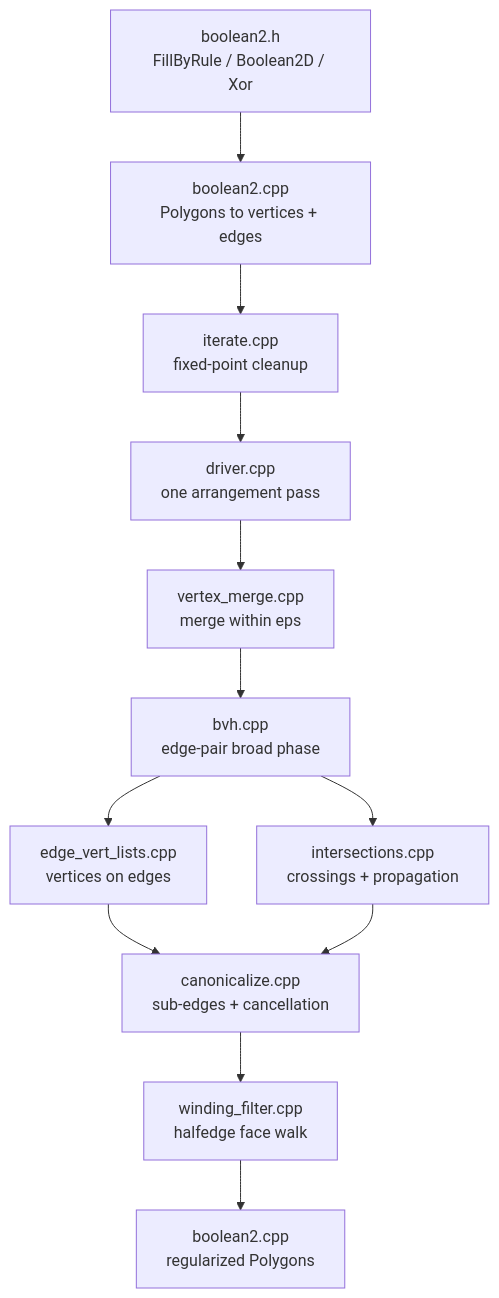
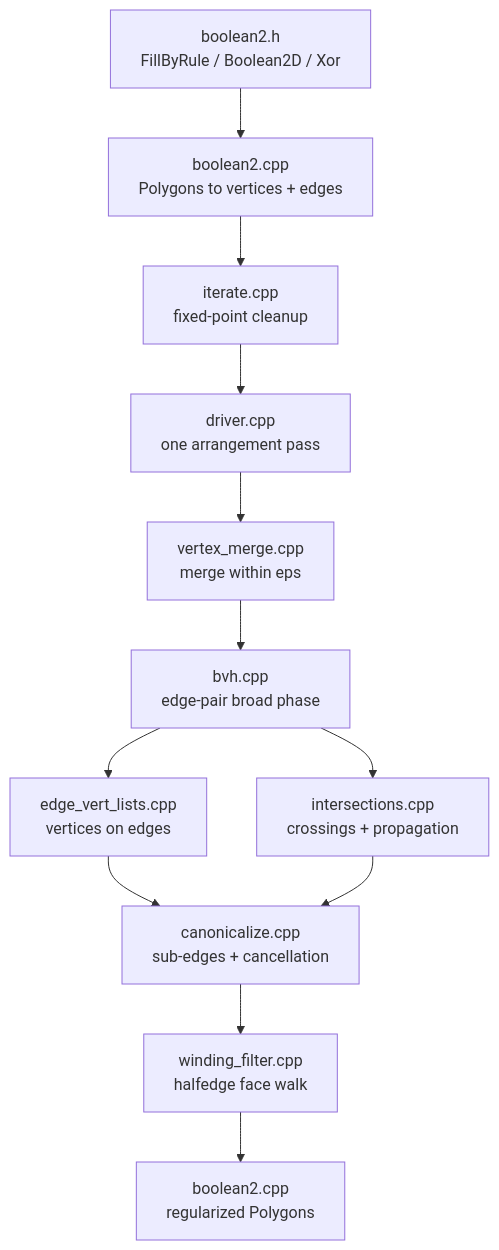
Before and after one commit to elalish/manifold: the diagram in docs/Boolean2.md, drawn with Mermaid.

Commit message:
Set Boolean2 diagram wrapping width

````diff
--- a/docs/Boolean2.md
+++ b/docs/Boolean2.md
@@ -71,32 +71,33 @@
 ```mermaid
+%%{init: {"flowchart": {"wrappingWidth": 320}} }%%
 flowchart TD
   API["`boolean2.h
   FillByRule / Boolean2D / Xor`"]
   Wrapper["`boolean2.cpp
   Polygons to vertices + edges`"]
   Iterate["`iterate.cpp
   fixed-point cleanup`"]
   Driver["`driver.cpp
   one arrangement pass`"]
   Merge["`vertex_merge.cpp
   merge within eps`"]
   Pairs["`bvh.cpp
   edge-pair broad phase`"]
   Lists["`edge_vert_lists.cpp
   vertices on edges`"]
   Ix["`intersections.cpp
   crossings + propagation`"]
   Canon["`canonicalize.cpp
   sub-edges + cancellation`"]
   Filter["`winding_filter.cpp
   halfedge face walk`"]
   Output["`boolean2.cpp
   regularized Polygons`"]
 
   API --> Wrapper --> Iterate --> Driver
   Driver --> Merge --> Pairs
   Pairs --> Lists
   Pairs --> Ix
   Lists --> Canon
   Ix --> Canon --> Filter --> Output
 ```
````
